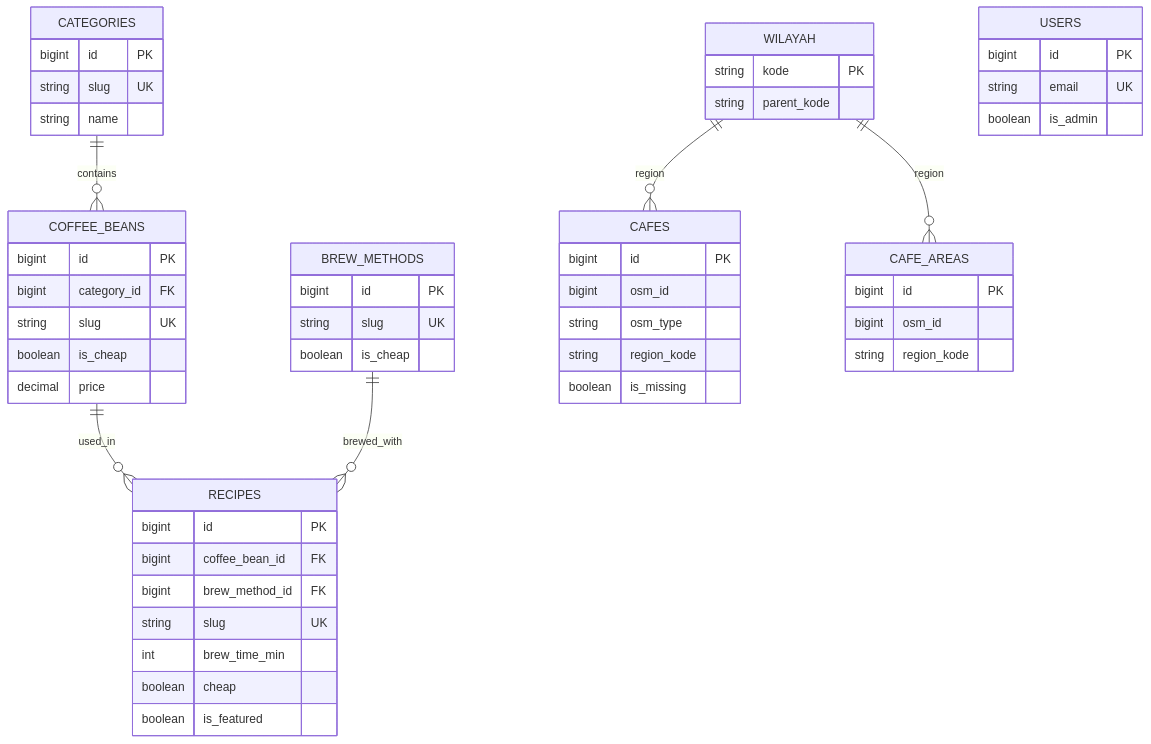
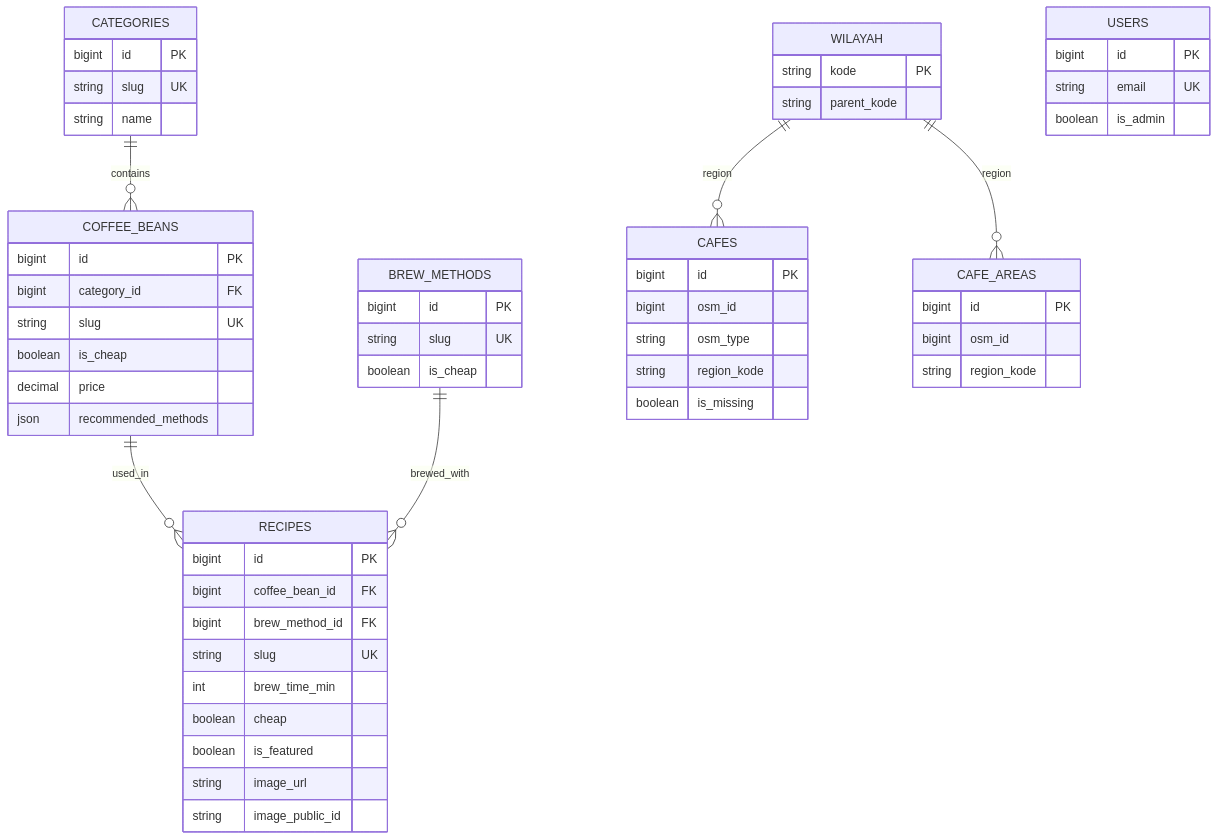
The fourth of 4 diagrams in ARCHITECTURE.md (Zydds/coffeebrewery), drawn with Mermaid before and after one commit. The commit also changed other lines of this file and 17 other files, not shown here.

````diff
--- a/ARCHITECTURE.md
+++ b/ARCHITECTURE.md
@@ -149,56 +159,59 @@
 ```mermaid
 erDiagram
     CATEGORIES ||--o{ COFFEE_BEANS : contains
     COFFEE_BEANS ||--o{ RECIPES : used_in
     BREW_METHODS ||--o{ RECIPES : brewed_with
     WILAYAH ||--o{ CAFES : region
     WILAYAH ||--o{ CAFE_AREAS : region
 
     USERS {
         bigint id PK
         string email UK
         boolean is_admin
     }
     CATEGORIES {
         bigint id PK
         string slug UK
         string name
     }
     COFFEE_BEANS {
         bigint id PK
         bigint category_id FK
         string slug UK
         boolean is_cheap
         decimal price
+        json recommended_methods
     }
     BREW_METHODS {
         bigint id PK
         string slug UK
         boolean is_cheap
     }
     RECIPES {
         bigint id PK
         bigint coffee_bean_id FK
         bigint brew_method_id FK
         string slug UK
         int brew_time_min
         boolean cheap
         boolean is_featured
+        string image_url
+        string image_public_id
     }
     WILAYAH {
         string kode PK
         string parent_kode
     }
     CAFES {
         bigint id PK
         bigint osm_id
         string osm_type
         string region_kode
         boolean is_missing
     }
     CAFE_AREAS {
         bigint id PK
         bigint osm_id
         string region_kode
     }
 ```
````
